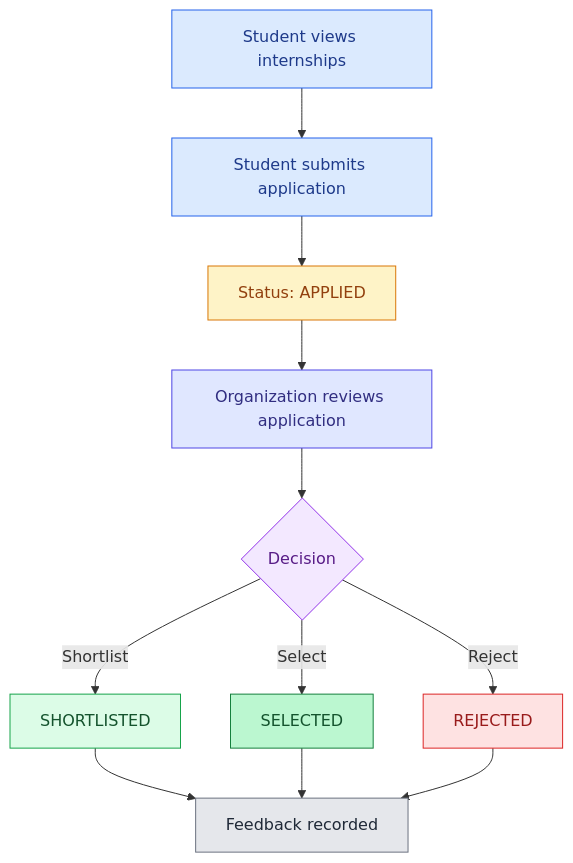
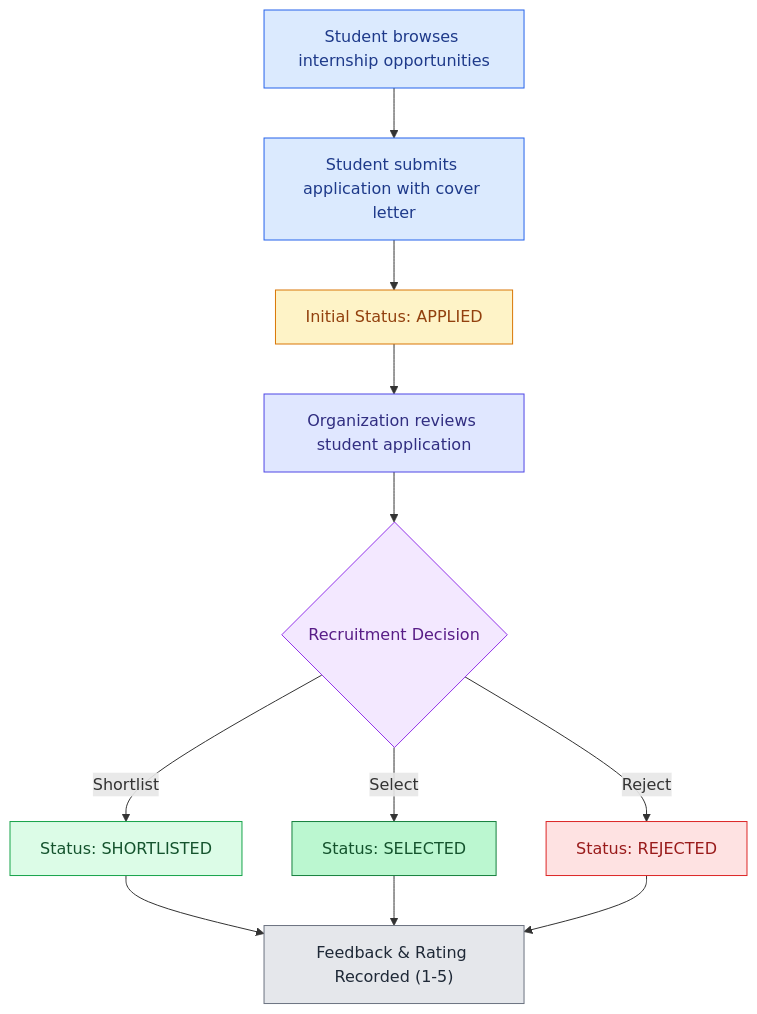
One commit to JVP008/Internship-Tracker changed the first of 3 diagrams in README.md. Above: the diagram before and after it, drawn with Mermaid. The commit also changed other lines of this file, not shown here.

````diff
--- a/README.md
+++ b/README.md
@@ -48,23 +55,23 @@
 ```mermaid
 flowchart TD
-    A["Student views internships"] --> B["Student submits application"]
-    B --> C["Status: APPLIED"]
-    C --> D["Organization reviews application"]
-    D --> E{"Decision"}
-    E -->|Shortlist| F["SHORTLISTED"]
-    E -->|Select| G["SELECTED"]
-    E -->|Reject| H["REJECTED"]
-    F --> I["Feedback recorded"]
+    A["Student browses internship opportunities"] --> B["Student submits application with cover letter"]
+    B --> C["Initial Status: APPLIED"]
+    C --> D["Organization reviews student application"]
+    D --> E{"Recruitment Decision"}
+    E -->|Shortlist| F["Status: SHORTLISTED"]
+    E -->|Select| G["Status: SELECTED"]
+    E -->|Reject| H["Status: REJECTED"]
+    F --> I["Feedback & Rating Recorded (1-5)"]
     G --> I
     H --> I
 
     style A fill:#dbeafe,stroke:#2563eb,color:#1e3a8a
     style B fill:#dbeafe,stroke:#2563eb,color:#1e3a8a
     style C fill:#fef3c7,stroke:#d97706,color:#92400e
     style D fill:#e0e7ff,stroke:#4f46e5,color:#312e81
     style E fill:#f3e8ff,stroke:#9333ea,color:#581c87
     style F fill:#dcfce7,stroke:#16a34a,color:#14532d
     style G fill:#bbf7d0,stroke:#15803d,color:#14532d
     style H fill:#fee2e2,stroke:#dc2626,color:#991b1b
     style I fill:#e5e7eb,stroke:#6b7280,color:#1f2937
 ```
````
